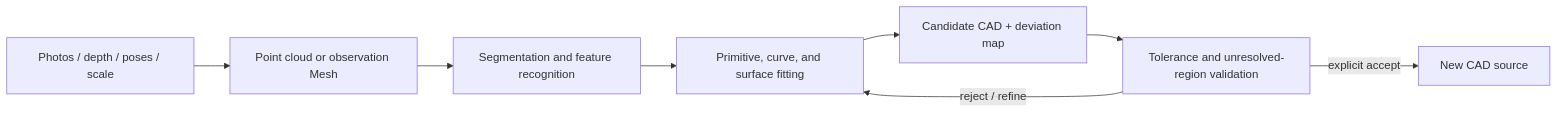
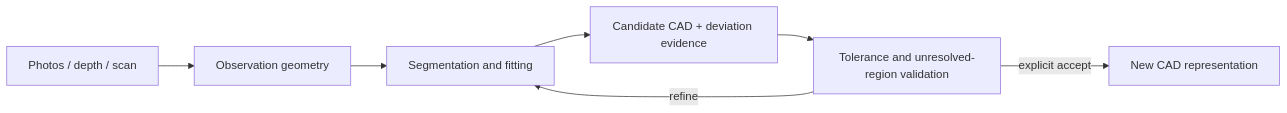
The third of 4 diagrams in Rupa/CAD_MESH_RESPONSIBILITY_CONTRACT.md (1amageek/Rupa), drawn with Mermaid before and after one commit. The commit also changed other lines of this file and 50 other files, not shown here.

Commit message:
Define multi-representation source authority

````diff
--- a/Rupa/CAD_MESH_RESPONSIBILITY_CONTRACT.md
+++ b/Rupa/CAD_MESH_RESPONSIBILITY_CONTRACT.md
@@ -146,10 +146,9 @@
 ```mermaid
 flowchart LR
-    Capture["Photos / depth / poses / scale"] --> Observation["Point cloud or observation Mesh"]
-    Observation --> Segment["Segmentation and feature recognition"]
-    Segment --> Fit["Primitive, curve, and surface fitting"]
-    Fit --> Candidate["Candidate CAD + deviation map"]
+    Capture["Photos / depth / scan"] --> Observation["Observation geometry"]
+    Observation --> Fit["Segmentation and fitting"]
+    Fit --> Candidate["Candidate CAD + deviation evidence"]
     Candidate --> Validate["Tolerance and unresolved-region validation"]
-    Validate -->|"explicit accept"| NewCAD["New CAD source"]
-    Validate -->|"reject / refine"| Fit
+    Validate -->|explicit accept| CAD["New CAD representation"]
+    Validate -->|refine| Fit
 ```
````
